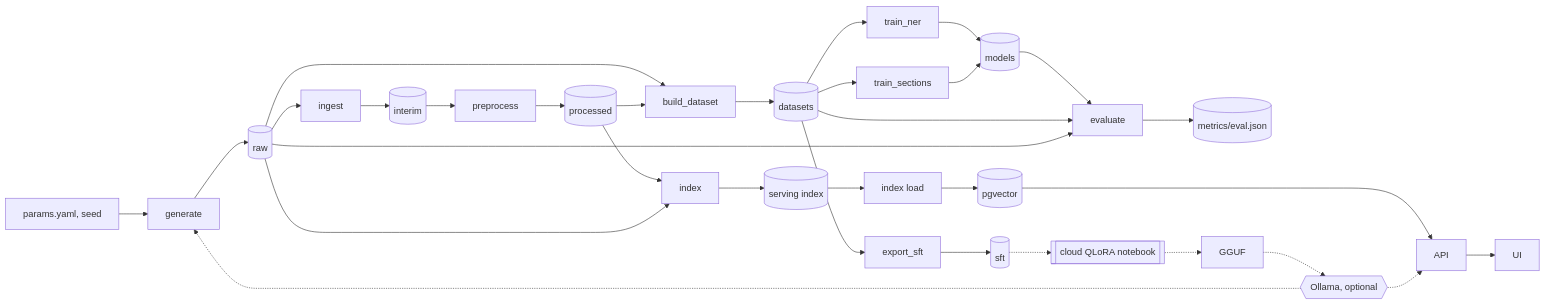
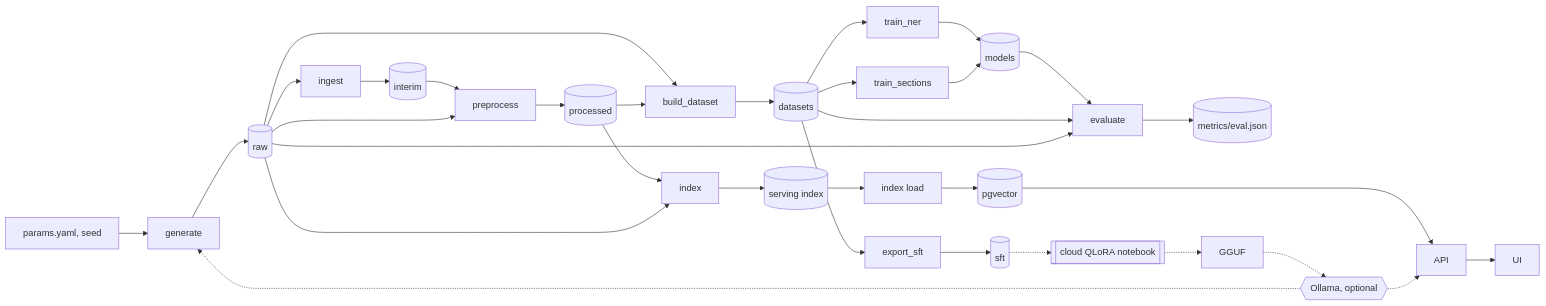
The diagram in README.md (emanuel-luis/necrohub), drawn with Mermaid before and after one commit. The commit also changed other lines of this file and 1 other file, not shown here.

Commit message:
docs: copy .env on the Windows path, preprocess reads gold, 0.1.0 dated on release

````diff
--- a/README.md
+++ b/README.md
@@ -28,25 +28,26 @@
 ```mermaid
 flowchart LR
   seed[params.yaml, seed] --> generate
   generate --> raw[(raw)]
   raw --> ingest --> interim[(interim)]
   interim --> preprocess --> processed[(processed)]
+  raw --> preprocess
   raw --> build_dataset
   processed --> build_dataset --> datasets[(datasets)]
   datasets --> export_sft --> sft[(sft)]
   datasets --> train_ner --> models[(models)]
   datasets --> train_sections --> models
   models --> evaluate
   datasets --> evaluate
   raw --> evaluate
   evaluate --> evalm[(metrics/eval.json)]
   processed --> index
   raw --> index
   index --> idx[(serving index)]
   idx --> load[index load] --> pgvector[(pgvector)]
   pgvector --> api[API] --> ui[UI]
   ollama{{Ollama, optional}} -.-> generate
   ollama -.-> api
   sft -.-> qlora[[cloud QLoRA notebook]]
   qlora -.-> gguf[GGUF] -.-> ollama
 ```
````
